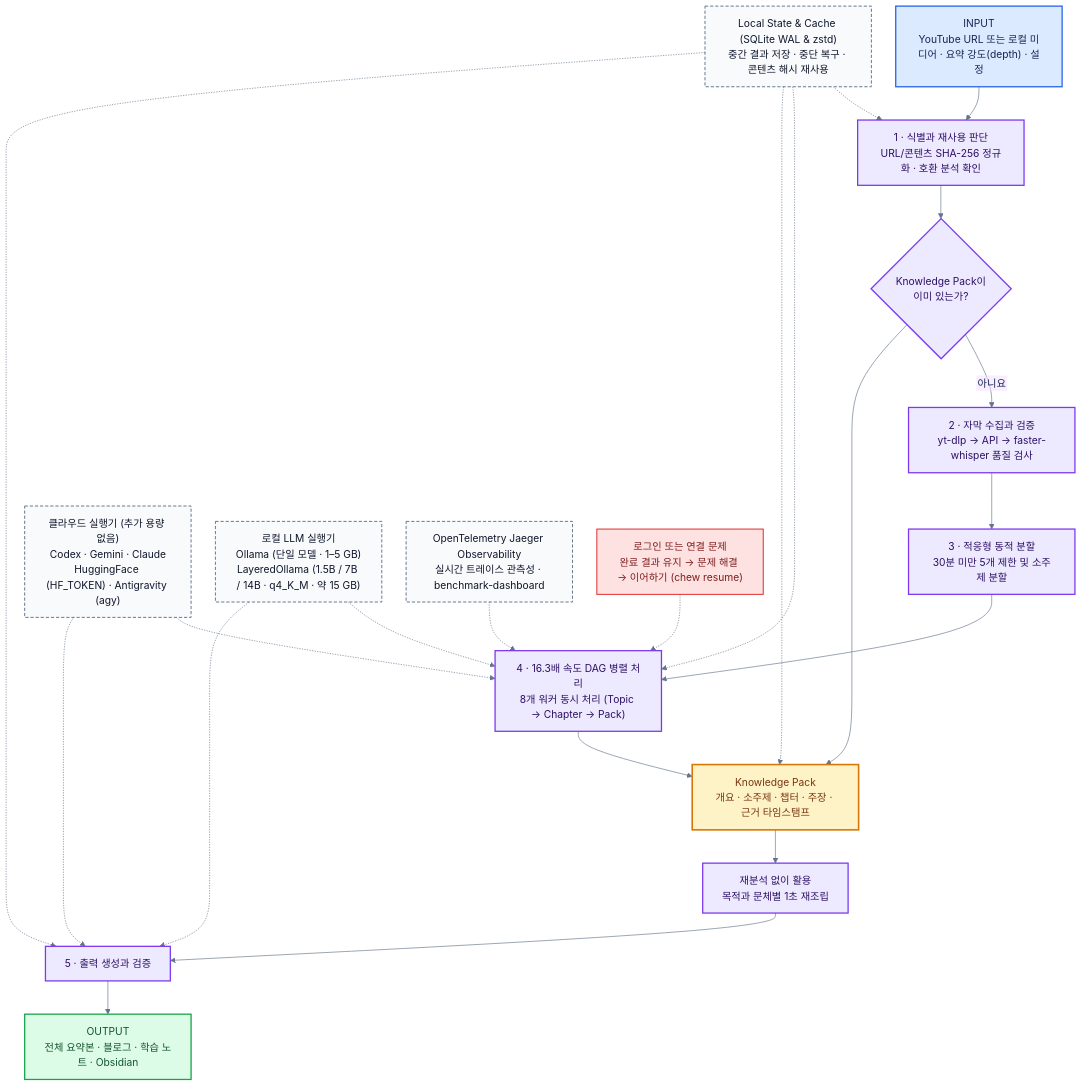
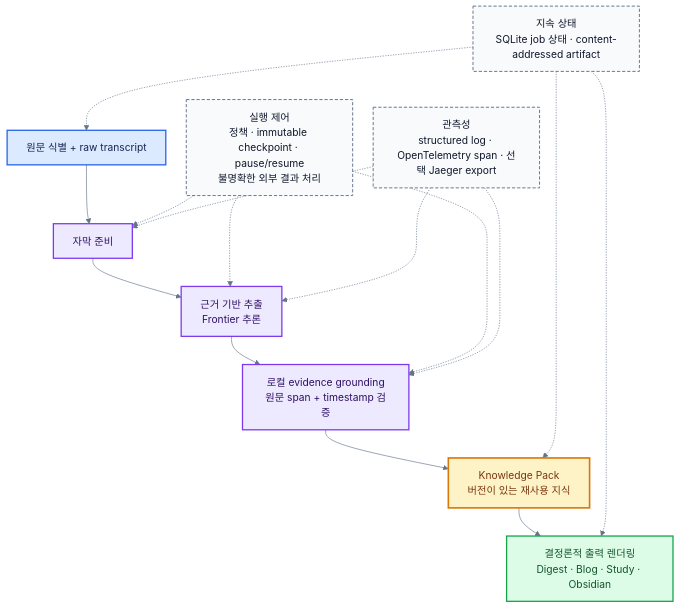
The diagram in assets/architecture/ko/internal-pipeline.mmd (SHcommit/youtube-summerizer-kit), drawn with Mermaid before and after one commit. The commit also changed 3 other files, not shown here.

Commit message:
docs: simplify internal pipeline diagrams

```diff
--- a/assets/architecture/ko/internal-pipeline.mmd
+++ b/assets/architecture/ko/internal-pipeline.mmd
@@ -1,43 +1,35 @@
-%%{init: {"theme":"base","themeVariables":{"fontFamily":"Arial, Apple SD Gothic Neo, Noto Sans KR, sans-serif","primaryTextColor":"#172554","lineColor":"#64748b","clusterBkg":"#ffffff","clusterBorder":"#cbd5e1"},"flowchart":{"curve":"basis","nodeSpacing":38,"rankSpacing":52,"htmlLabels":false}}}%%
+%%{init: {"theme":"base","themeVariables":{"fontFamily":"Apple SD Gothic Neo, Noto Sans KR, Malgun Gothic, sans-serif","primaryTextColor":"#172554","lineColor":"#64748b","clusterBkg":"#ffffff","clusterBorder":"#cbd5e1"},"flowchart":{"curve":"basis","nodeSpacing":32,"rankSpacing":44,"htmlLabels":true}}}%%
 flowchart TB
-    INPUT["INPUT<br/>YouTube URL 또는 로컬 미디어 · 요약 강도(depth) · 설정"]
-    IDENTITY["1 · 식별과 재사용 판단<br/>URL/콘텐츠 SHA-256 정규화 · 호환 분석 확인"]
-    INPUT --> IDENTITY
-    IDENTITY --> CACHE{"Knowledge Pack이<br/>이미 있는가?"}
+    SOURCE["원문 식별 + raw transcript"]
+    VALIDATE["자막 준비"]
+    EXTRACT["근거 기반 추출<br/>Frontier 추론"]
+    GROUND["로컬 evidence grounding<br/>원문 span + timestamp 검증"]
+    PACK["Knowledge Pack<br/>버전이 있는 재사용 지식"]
+    RENDER["결정론적 출력 렌더링<br/>Digest · Blog · Study · Obsidian"]
 
-    CACHE -->|아니요| ACQUIRE["2 · 자막 수집과 검증<br/>yt-dlp → API → faster-whisper 품질 검사"]
-    ACQUIRE --> SEGMENT["3 · 적응형 동적 분할<br/>30분 미만 5개 제한 및 소주제 분할"]
-    SEGMENT --> SYNTHESIS["4 · 16.3배 속도 DAG 병렬 처리<br/>8개 워커 동시 처리 (Topic → Chapter → Pack)"]
-    SYNTHESIS --> PACK["Knowledge Pack<br/>개요 · 소주제 · 챕터 · 주장 · 근거 타임스탬프"]
-    CACHE --> PACK
+    SOURCE --> VALIDATE --> EXTRACT --> GROUND --> PACK --> RENDER
 
-    PACK --> REUSE["재분석 없이 활용<br/>목적과 문체별 1초 재조립"]
-    REUSE --> ASSEMBLY["5 · 출력 생성과 검증"]
-    ASSEMBLY --> OUTPUT["OUTPUT<br/>전체 요약본 · 블로그 · 학습 노트 · Obsidian"]
+    CONTROL["실행 제어<br/>정책 · immutable checkpoint · pause/resume<br/>불명확한 외부 결과 처리"]
+    STATE["지속 상태<br/>SQLite job 상태 · content-addressed artifact"]
+    OBSERVE["관측성<br/>structured log · OpenTelemetry span · 선택 Jaeger export"]
 
-    CLOUD["클라우드 실행기 (추가 용량 없음)<br/>Codex · Gemini · Claude<br/>HuggingFace (HF_TOKEN) · Antigravity (agy)"] -.-> SYNTHESIS
-    CLOUD -.-> ASSEMBLY
-    LOCAL_LLM["로컬 LLM 실행기<br/>Ollama (단일 모델 · 1–5 GB)<br/>LayeredOllama (1.5B / 7B / 14B · q4_K_M · 약 15 GB)"] -.-> SYNTHESIS
-    LOCAL_LLM -.-> ASSEMBLY
+    CONTROL -.-> VALIDATE
+    CONTROL -.-> EXTRACT
+    CONTROL -.-> GROUND
+    STATE -.-> SOURCE
+    STATE -.-> PACK
+    STATE -.-> RENDER
+    OBSERVE -.-> VALIDATE
+    OBSERVE -.-> EXTRACT
+    OBSERVE -.-> GROUND
 
-    LOCAL["Local State & Cache (SQLite WAL & zstd)<br/>중간 결과 저장 · 중단 복구 · 콘텐츠 해시 재사용"] -.-> IDENTITY
-    LOCAL -.-> SYNTHESIS
-    LOCAL -.-> PACK
-    LOCAL -.-> ASSEMBLY
-
-    TELEMETRY["OpenTelemetry Jaeger Observability<br/>실시간 트레이스 관측성 · benchmark-dashboard"] -.-> SYNTHESIS
-
-    RECOVERY["로그인 또는 연결 문제<br/>완료 결과 유지 → 문제 해결 → 이어하기 (chew resume)"] -.-> SYNTHESIS
-
-    classDef input fill:#dbeafe,stroke:#2563eb,stroke-width:2px,color:#172554;
+    classDef source fill:#dbeafe,stroke:#2563eb,stroke-width:2px,color:#172554;
     classDef process fill:#ede9fe,stroke:#7c3aed,stroke-width:2px,color:#2e1065;
     classDef knowledge fill:#fef3c7,stroke:#d97706,stroke-width:2.5px,color:#78350f;
     classDef output fill:#dcfce7,stroke:#16a34a,stroke-width:2px,color:#14532d;
     classDef support fill:#f8fafc,stroke:#64748b,stroke-width:1.5px,stroke-dasharray:5 3,color:#0f172a;
-    classDef recovery fill:#fee2e2,stroke:#dc2626,stroke-width:1.5px,color:#7f1d1d;
-    class INPUT input;
-    class IDENTITY,CACHE,ACQUIRE,SEGMENT,SYNTHESIS,REUSE,ASSEMBLY process;
+    class SOURCE source;
+    class VALIDATE,EXTRACT,GROUND process;
     class PACK knowledge;
-    class OUTPUT output;
-    class CLOUD,LOCAL_LLM,LOCAL,TELEMETRY support;
-    class RECOVERY recovery;
+    class RENDER output;
+    class CONTROL,STATE,OBSERVE support;
```
